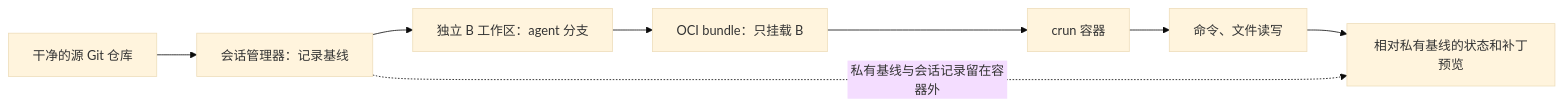
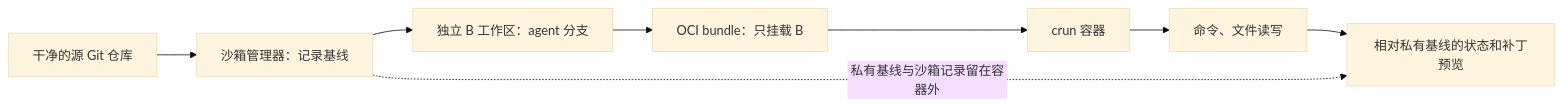
The diagram in README.md (miceVenus/sandbox), drawn with Mermaid (base theme) before and after one commit. The commit also changed other lines of this file and 75 other files, not shown here.

````diff
--- a/README.md
+++ b/README.md
@@ -19,10 +20,10 @@
 ```mermaid
 flowchart LR
-    A["干净的源 Git 仓库"] --> M["会话管理器：记录基线"]
+    A["干净的源 Git 仓库"] --> M["沙箱管理器：记录基线"]
     M --> B["独立 B 工作区：agent 分支"]
     B --> C["OCI bundle：只挂载 B"]
     C --> R["crun 容器"]
     R --> X["命令、文件读写"]
     X --> P["相对私有基线的状态和补丁预览"]
-    M -. "私有基线与会话记录留在容器外" .-> P
+    M -. "私有基线与沙箱记录留在容器外" .-> P
 ```
````
